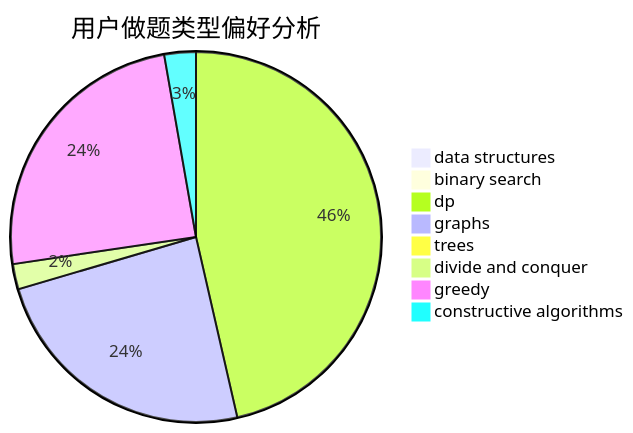
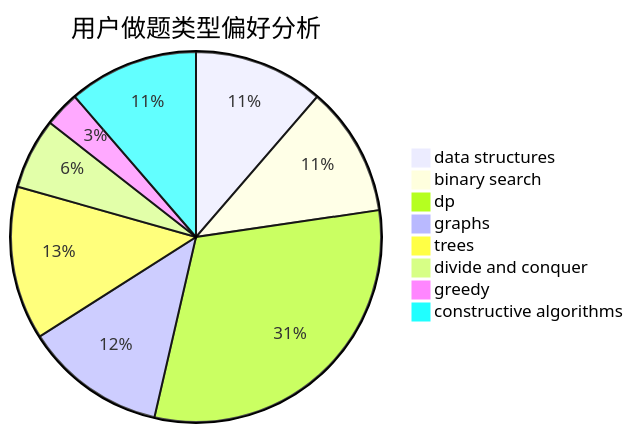
Before and after one commit to sherpahu/cfrs.github.io: the second of 3 diagrams in docs/user/u2549.md, drawn with Mermaid. The commit also changed other lines of this file and 2770 other files, not shown here.

````diff
--- a/docs/user/u2549.md
+++ b/docs/user/u2549.md
@@ -23,11 +23,11 @@
 ```mermaid
 pie title 用户做题类型偏好分析
-    "data structures" :  0
-    "binary search" :  6
-    "dp" :  421
-    "graphs" :  218
-    "trees" :  7
-    "divide and conquer" :  20
-    "greedy" :  223
-    "constructive algorithms" :  25
+    "data structures" :  11
+    "binary search" :  11
+    "dp" :  30
+    "graphs" :  12
+    "trees" :  13
+    "divide and conquer" :  6
+    "greedy" :  3
+    "constructive algorithms" :  11
 ```
````
